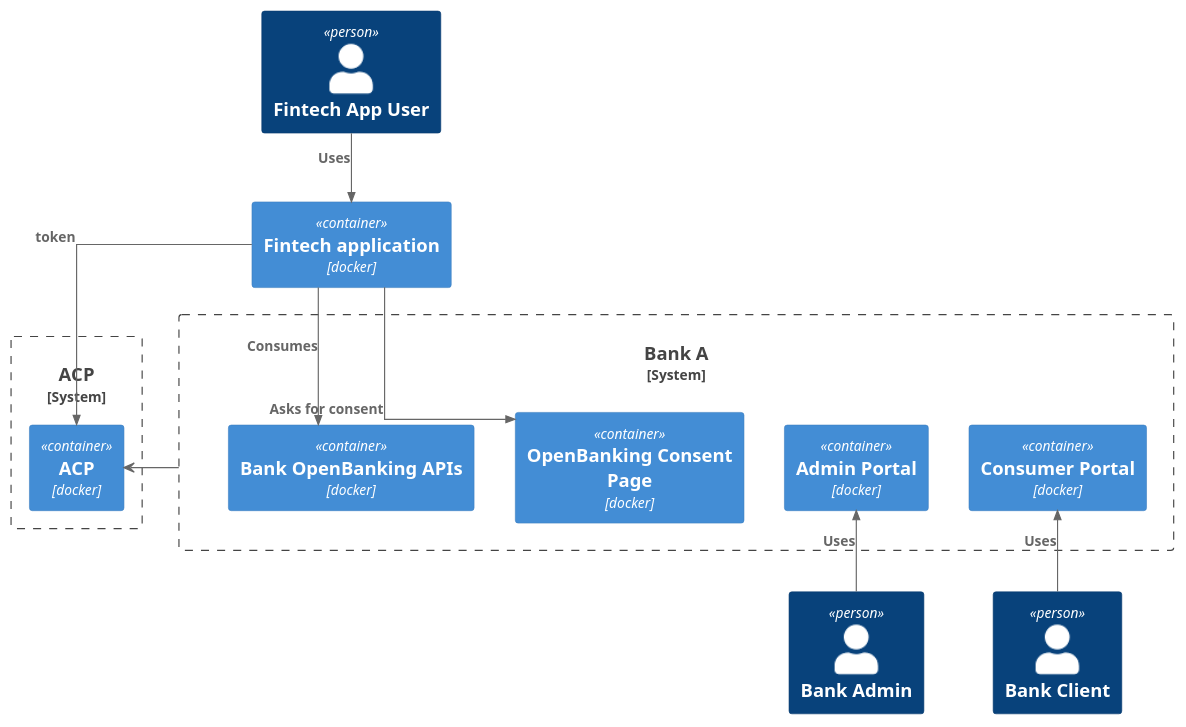
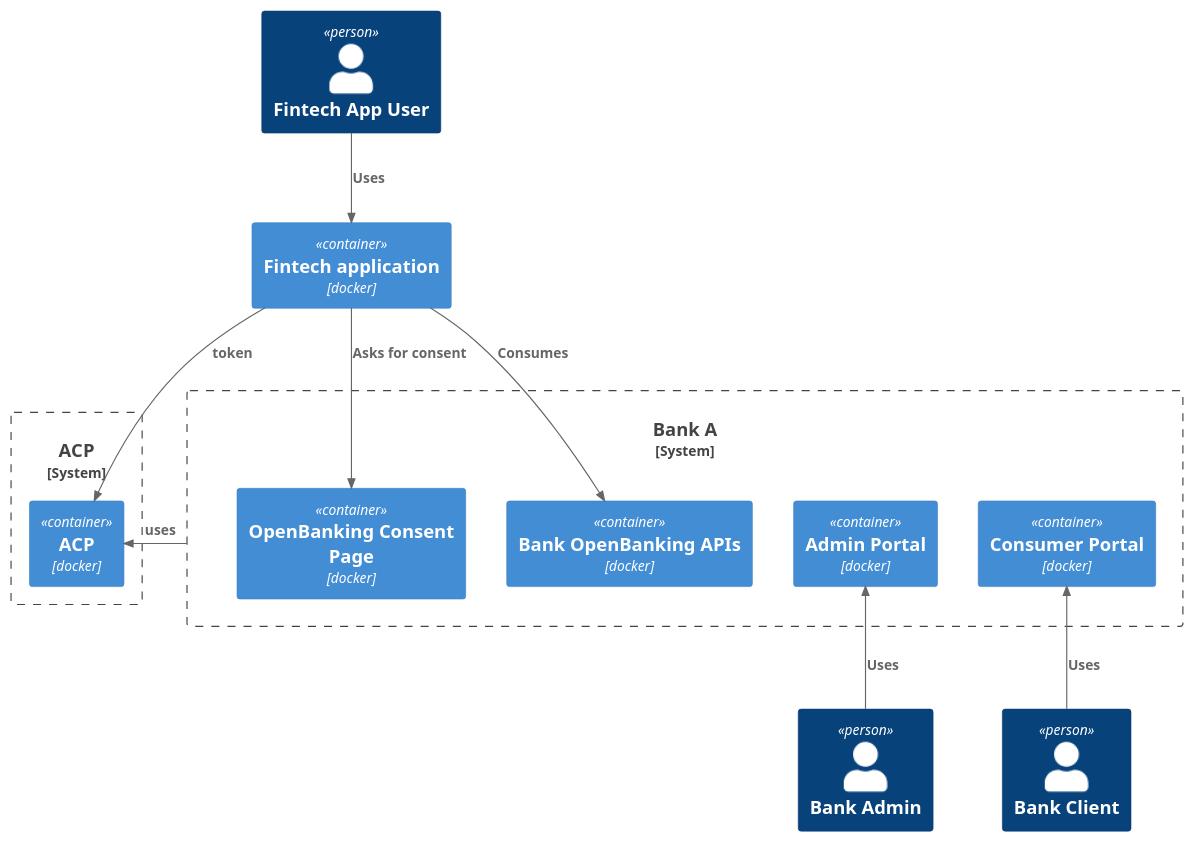
Before and after one commit to cloudentity/openbanking-sandbox: the diagram in docs/diagrams/logical.puml, drawn with PlantUML.

```diff
--- a/docs/diagrams/logical.puml
+++ b/docs/diagrams/logical.puml
@@ -1,38 +1,38 @@
 @startuml
 !include https://raw.githubusercontent.com/plantuml-stdlib/C4-PlantUML/master/C4_Container.puml
-skinparam linetype ortho
 
 Person(tpp_user, "Fintech App User")
 
 Person(bank_user, "Bank Client")
 Person(bank_admin, "Bank Admin")
-
-System_Boundary(acp_system, "ACP") {
-    Container(acp, "ACP", "docker")
-}
 
 Container(tpp, "Fintech application", "docker")
 
 System_Boundary(bank_A, "Bank A") {
     Container(consent_page_A, "OpenBanking Consent Page", "docker")
     Container(bank_consumer_portal_A, "Consumer Portal", "docker")
     Container(bank_OB_API_A, "Bank OpenBanking APIs", "docker")
     Container(bank_admin_portal_A, "Admin Portal", "docker")
 }
+
+System_Boundary(acp_system, "ACP") {
+    Container(acp, "ACP", "docker")
+}
+
 
 Rel(tpp_user, tpp, "Uses")
 
 Rel_U(bank_user, bank_consumer_portal_A, "Uses")
 
 Rel_U(bank_admin, bank_admin_portal_A, "Uses")
 
 Rel(tpp, bank_OB_API_A, "Consumes")
 
 Rel(tpp, consent_page_A, "Asks for consent")
 
 Rel(tpp, acp, "token")
 
-bank_A -l-> acp
+Rel_L(bank_A, acp, "uses")
 
 
 @enduml
```
